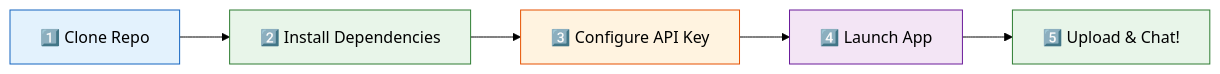
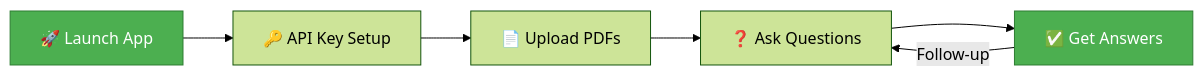
The third of 3 diagrams in README.md (Krati-orbit/Document-Q-A-system-), drawn with Mermaid (forest theme) before and after one commit. The commit also changed other lines of this file and 3 other files, not shown here.

Commit message:
Refined README: cleaner layout, removed fake images, kept essential diagrams

````diff
--- a/README.md
+++ b/README.md
@@ -267,13 +163,11 @@
 ```mermaid
-graph LR
-    A[1️⃣ Clone Repo] --> B[2️⃣ Install Dependencies]
-    B --> C[3️⃣ Configure API Key]
-    C --> D[4️⃣ Launch App]
-    D --> E[5️⃣ Upload & Chat!]
+flowchart LR
+    A[🚀 Launch App] --> B[🔑 API Key Setup]
+    B --> C[📄 Upload PDFs]
+    C --> D[❓ Ask Questions]
+    D --> E[✅ Get Answers]
+    E -->|Follow-up| D
 
-    style A fill:#E3F2FD,stroke:#1565C0,color:#000
-    style B fill:#E8F5E9,stroke:#2E7D32,color:#000
-    style C fill:#FFF3E0,stroke:#E65100,color:#000
-    style D fill:#F3E5F5,stroke:#6A1B9A,color:#000
-    style E fill:#E8F5E9,stroke:#2E7D32,color:#000
+    style A fill:#4CAF50,stroke:#2E7D32,color:#fff
+    style E fill:#4CAF50,stroke:#2E7D32,color:#fff
 ```
````
